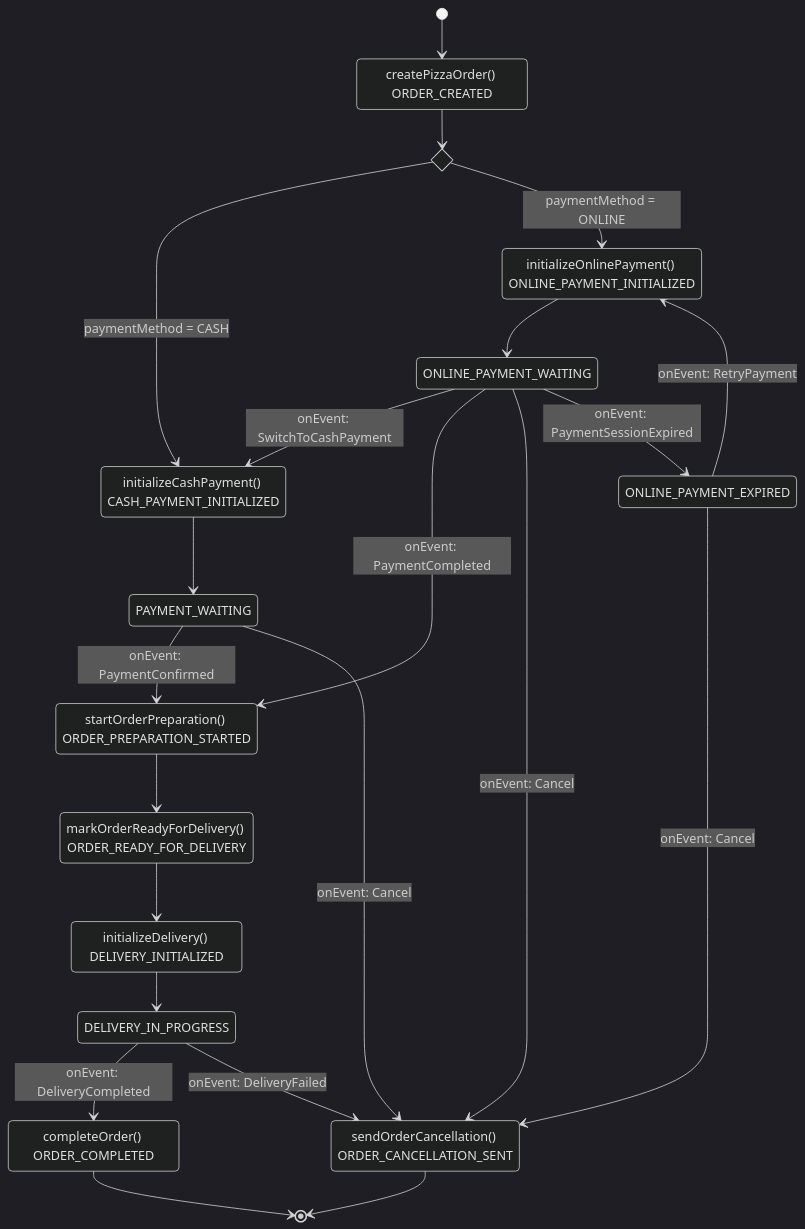
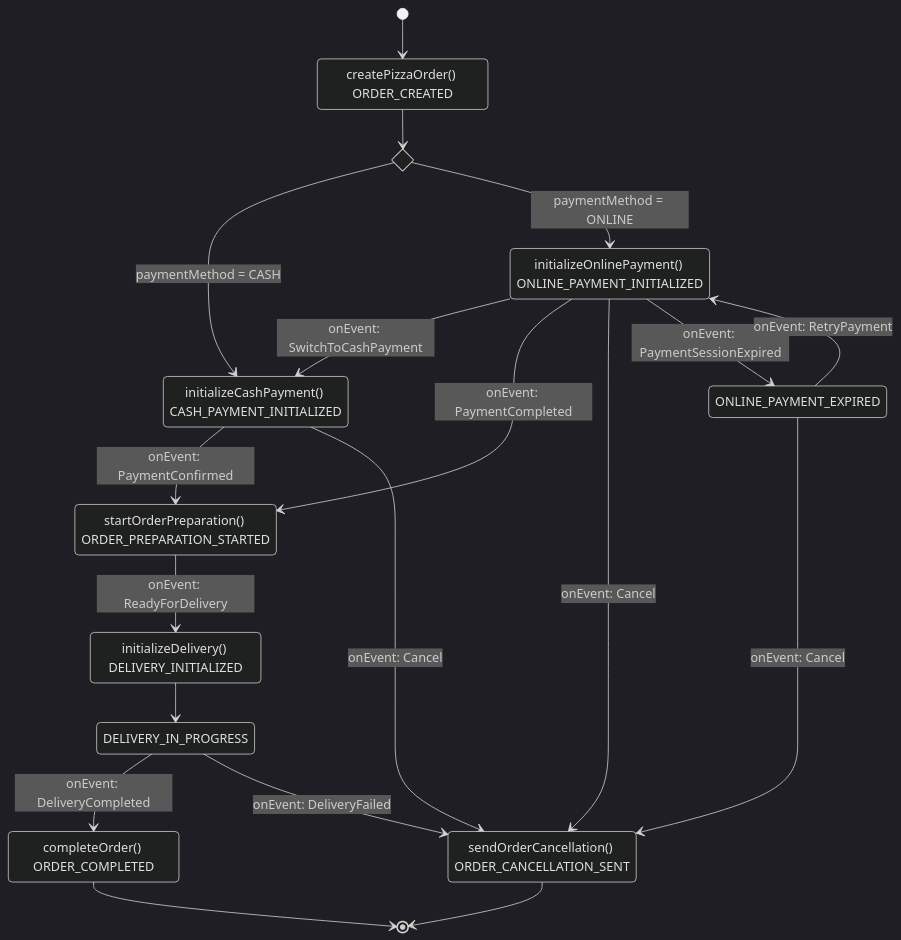
The diagram in README.md (marcingurbisz/flowlite), drawn with Mermaid (dark theme) before and after one commit. The commit also changed other lines of this file and 4 other files, not shown here.

````diff
--- a/README.md
+++ b/README.md
@@ -49,36 +51,32 @@
 ```mermaid
 stateDiagram-v2
     state if_payment_method <<choice>>
     
     [*] --> ORDER_CREATED
     ORDER_CANCELLATION_SENT --> [*]
     ORDER_CREATED: createPizzaOrder() ORDER_CREATED
     ORDER_CREATED --> if_payment_method
     if_payment_method --> CASH_PAYMENT_INITIALIZED: paymentMethod = CASH
     if_payment_method --> ONLINE_PAYMENT_INITIALIZED: paymentMethod = ONLINE
     CASH_PAYMENT_INITIALIZED: initializeCashPayment() CASH_PAYMENT_INITIALIZED
-    CASH_PAYMENT_INITIALIZED --> PAYMENT_WAITING
-    PAYMENT_WAITING --> ORDER_PREPARATION_STARTED: onEvent#58; PaymentConfirmed
-    PAYMENT_WAITING --> ORDER_CANCELLATION_SENT: onEvent#58; Cancel
+    CASH_PAYMENT_INITIALIZED --> ORDER_PREPARATION_STARTED: onEvent#58; PaymentConfirmed
+    CASH_PAYMENT_INITIALIZED --> ORDER_CANCELLATION_SENT: onEvent#58; Cancel
     ONLINE_PAYMENT_INITIALIZED: initializeOnlinePayment() ONLINE_PAYMENT_INITIALIZED
-    ONLINE_PAYMENT_INITIALIZED --> ONLINE_PAYMENT_WAITING
-    ONLINE_PAYMENT_WAITING --> CASH_PAYMENT_INITIALIZED: onEvent#58; SwitchToCashPayment
-    ONLINE_PAYMENT_WAITING --> ORDER_PREPARATION_STARTED: onEvent#58; PaymentCompleted
-    ONLINE_PAYMENT_WAITING --> ORDER_CANCELLATION_SENT: onEvent#58; Cancel 
-    ONLINE_PAYMENT_WAITING --> ONLINE_PAYMENT_EXPIRED: onEvent#58; PaymentSessionExpired
+    ONLINE_PAYMENT_INITIALIZED --> CASH_PAYMENT_INITIALIZED: onEvent#58; SwitchToCashPayment
+    ONLINE_PAYMENT_INITIALIZED --> ORDER_PREPARATION_STARTED: onEvent#58; PaymentCompleted
+    ONLINE_PAYMENT_INITIALIZED --> ORDER_CANCELLATION_SENT: onEvent#58; Cancel 
+    ONLINE_PAYMENT_INITIALIZED --> ONLINE_PAYMENT_EXPIRED: onEvent#58; PaymentSessionExpired
     ONLINE_PAYMENT_EXPIRED --> ONLINE_PAYMENT_INITIALIZED: onEvent#58; RetryPayment
     ONLINE_PAYMENT_EXPIRED --> ORDER_CANCELLATION_SENT: onEvent#58; Cancel
     ORDER_PREPARATION_STARTED: startOrderPreparation() ORDER_PREPARATION_STARTED
-    ORDER_PREPARATION_STARTED --> ORDER_READY_FOR_DELIVERY
-    ORDER_READY_FOR_DELIVERY: markOrderReadyForDelivery() ORDER_READY_FOR_DELIVERY
-    ORDER_READY_FOR_DELIVERY --> DELIVERY_INITIALIZED
-    
+    ORDER_PREPARATION_STARTED --> DELIVERY_INITIALIZED: onEvent#58; ReadyForDelivery
+     
     DELIVERY_INITIALIZED: initializeDelivery() DELIVERY_INITIALIZED
     DELIVERY_INITIALIZED --> DELIVERY_IN_PROGRESS
     DELIVERY_IN_PROGRESS --> ORDER_COMPLETED: onEvent#58; DeliveryCompleted
     DELIVERY_IN_PROGRESS --> ORDER_CANCELLATION_SENT: onEvent#58; DeliveryFailed
     
     ORDER_COMPLETED: completeOrder() ORDER_COMPLETED
     ORDER_CANCELLATION_SENT: sendOrderCancellation() ORDER_CANCELLATION_SENT
     ORDER_COMPLETED --> [*]
 ```
````
